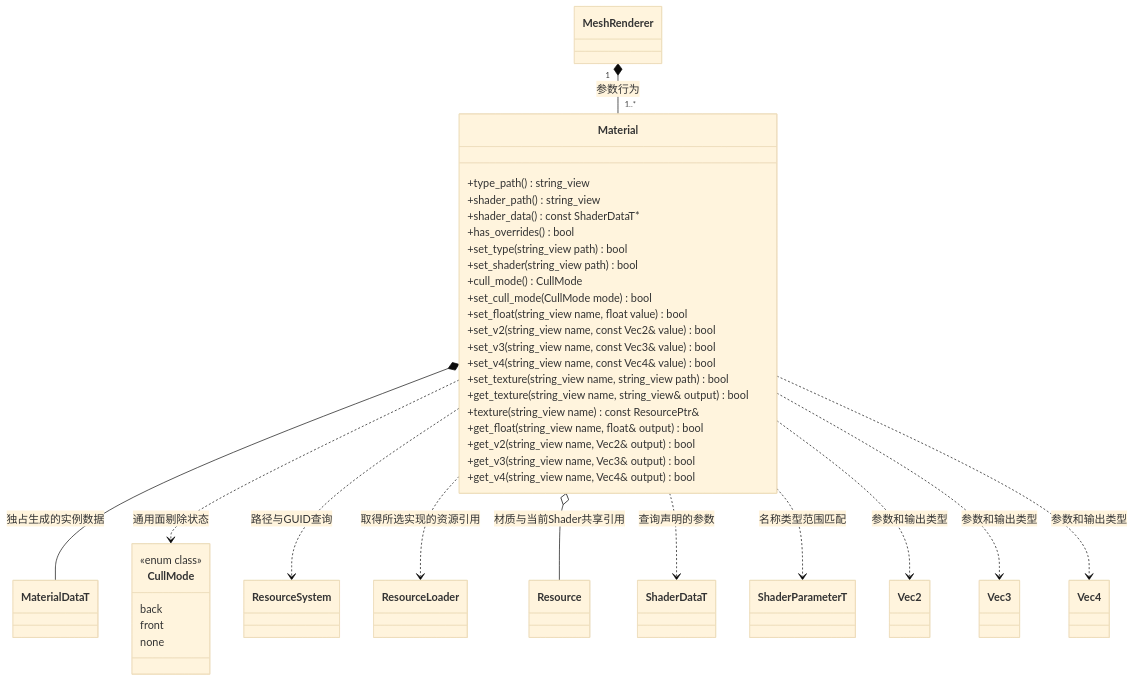
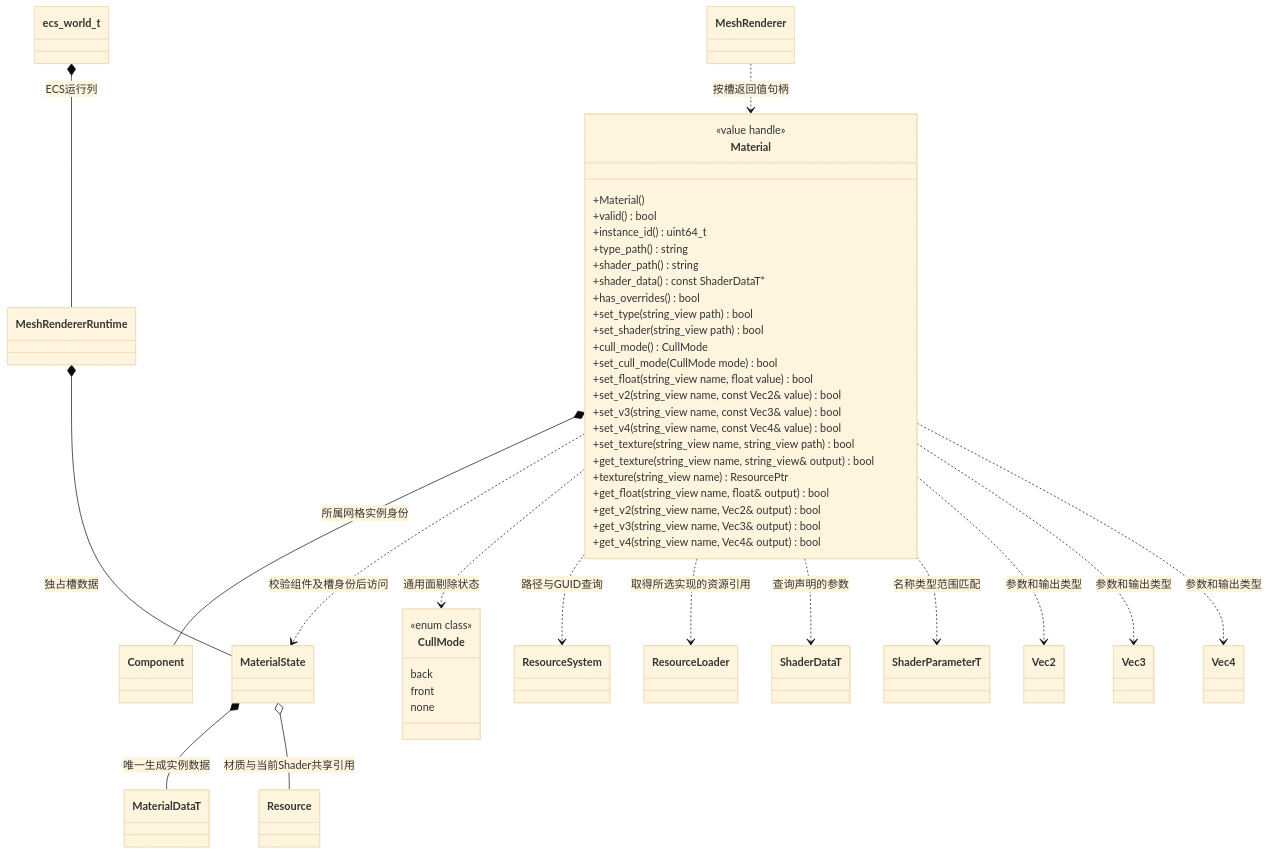
Before and after one commit to lcals/Engine: the diagram in docs/runtime/class-diagrams/material.md, drawn with Mermaid (base theme). The commit also changed other lines of this file and 291 other files, not shown here.

Commit message:
Migrate scene data to ECS and add rendering quality controls

````diff
--- a/docs/runtime/class-diagrams/material.md
+++ b/docs/runtime/class-diagrams/material.md
@@ -5,51 +5,63 @@
 ```mermaid
 classDiagram
     class Material {
-        +type_path() string_view
-        +shader_path() string_view
+        <<value handle>>
+        +Material()
+        +valid() bool
+        +instance_id() uint64_t
+        +type_path() string
+        +shader_path() string
         +shader_data() const ShaderDataT#42;
         +has_overrides() bool
         +set_type(string_view path) bool
         +set_shader(string_view path) bool
         +cull_mode() CullMode
         +set_cull_mode(CullMode mode) bool
         +set_float(string_view name, float value) bool
         +set_v2(string_view name, const Vec2& value) bool
         +set_v3(string_view name, const Vec3& value) bool
         +set_v4(string_view name, const Vec4& value) bool
         +set_texture(string_view name, string_view path) bool
         +get_texture(string_view name, string_view& output) bool
-        +texture(string_view name) const ResourcePtr&
+        +texture(string_view name) ResourcePtr
         +get_float(string_view name, float& output) bool
         +get_v2(string_view name, Vec2& output) bool
         +get_v3(string_view name, Vec3& output) bool
         +get_v4(string_view name, Vec4& output) bool
     }
     class MeshRenderer
+    class Component
+    class MaterialState
+    class MeshRendererRuntime
+    class ecs_world_t
     class ResourceSystem
     class ResourceLoader
     class Resource
     class MaterialDataT
     class CullMode {
         <<enum class>>
         back
         front
         none
     }
     class ShaderDataT
     class ShaderParameterT
     class Vec2
     class Vec3
     class Vec4
-    MeshRenderer "1" *-- "1..*" Material : 参数行为
-    Material *-- MaterialDataT : 独占生成的实例数据
+    MeshRenderer ..> Material : 按槽返回值句柄
+    Material *-- Component : 所属网格实例身份
+    Material ..> MaterialState : 校验组件及槽身份后访问
+    ecs_world_t *-- MeshRendererRuntime : ECS运行列
+    MeshRendererRuntime *-- MaterialState : 独占槽数据
+    MaterialState *-- MaterialDataT : 唯一生成实例数据
     Material ..> CullMode : 通用面剔除状态
     Material ..> ResourceSystem : 路径与GUID查询
     Material ..> ResourceLoader : 取得所选实现的资源引用
-    Material o-- Resource : 材质与当前Shader共享引用
+    MaterialState o-- Resource : 材质与当前Shader共享引用
     Material ..> ShaderDataT : 查询声明的参数
     Material ..> ShaderParameterT : 名称类型范围匹配
     Material ..> Vec2 : 参数和输出类型
     Material ..> Vec3 : 参数和输出类型
     Material ..> Vec4 : 参数和输出类型
 ```
````
